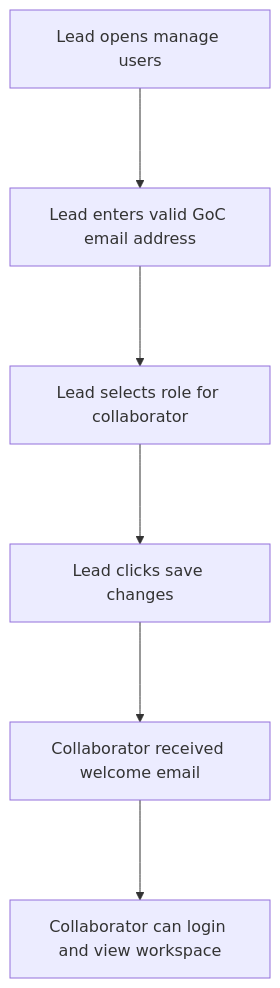
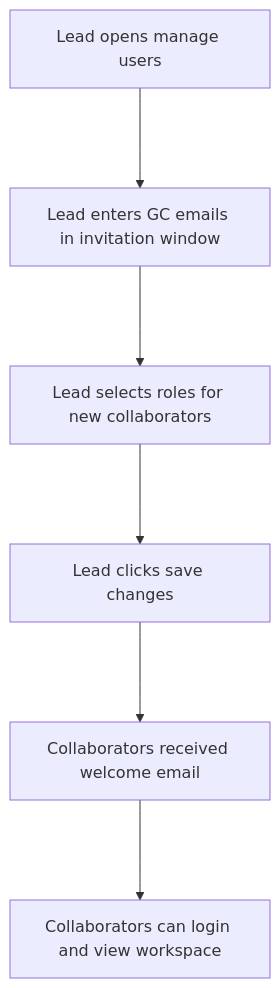
The fourth of 4 diagrams in UserGuide/Onboarding/OnboardingSummary.md (ssc-sp/datahub-docs), drawn with Mermaid before and after one commit.

Commit message:
📜 minor wording

````diff
--- a/UserGuide/Onboarding/OnboardingSummary.md
+++ b/UserGuide/Onboarding/OnboardingSummary.md
@@ -72,14 +72,14 @@
 ```mermaid
 flowchart TD
     A[Lead opens manage users]
-    B[Lead enters valid GoC email address]
-    C[Lead selects role for collaborator]
+    B[Lead enters GC emails in invitation window]
+    C[Lead selects roles for new collaborators]
     D[Lead clicks save changes]
-    E[Collaborator received welcome email]
-    F[Collaborator can login and view workspace]
+    E[Collaborators received welcome email]
+    F[Collaborators can login and view workspace]
     A ---> B
     B ---> C
     C ---> D
     D ---> E
     E ---> F
 ```
````
